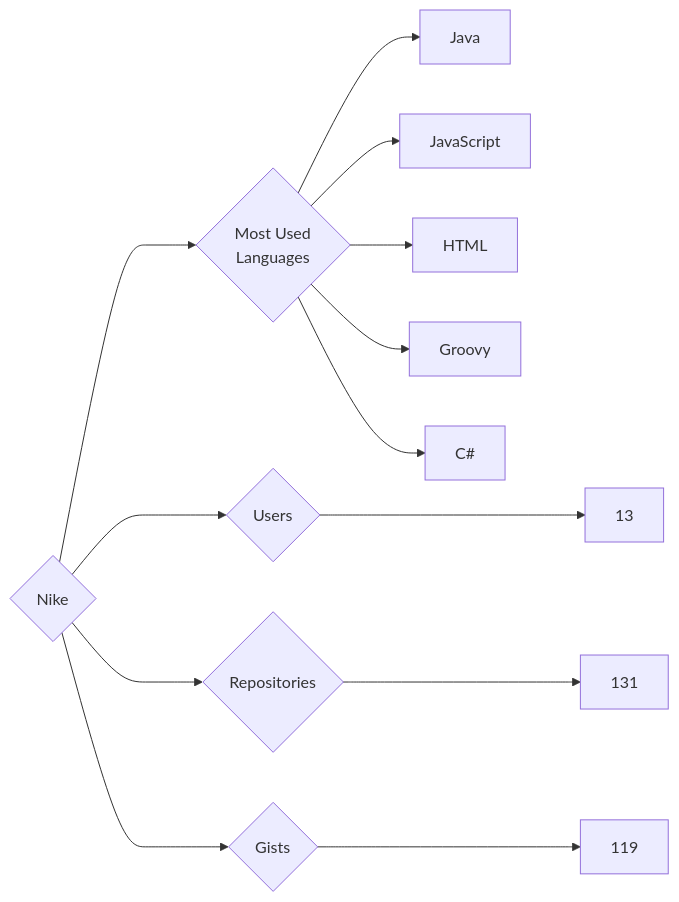
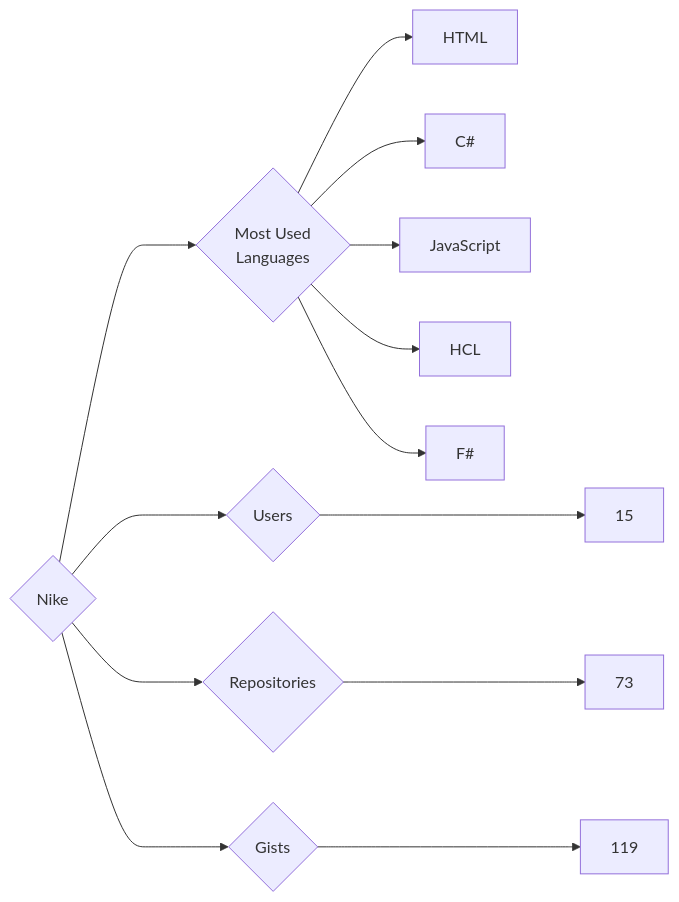
The diagram in targets/Nike/README.md (trickest/insiders), drawn with Mermaid before and after one commit. The commit also changed 953 other files, not shown here.

````diff
--- a/targets/Nike/README.md
+++ b/targets/Nike/README.md
@@ -3,13 +3,13 @@
 ```mermaid
 graph LR
 COMPANY_NAME{Nike}
-COMPANY_NAME ---> U{Users} ---> UN[13]
-COMPANY_NAME ---> R{Repositories} ---> RN[131]
+COMPANY_NAME ---> U{Users} ---> UN[15]
+COMPANY_NAME ---> R{Repositories} ---> RN[73]
 COMPANY_NAME ---> G{Gists} ---> GN[119]
 COMPANY_NAME ---> ML{Most Used<br>Languages}
-ML --> Java[Java]
+ML --> HTML[HTML]
+ML --> C#[C#]
 ML --> JavaScript[JavaScript]
-ML --> HTML[HTML]
-ML --> Groovy[Groovy]
-ML --> C#[C#]
+ML --> HCL[HCL]
+ML --> F#[F#]
 ```
````
